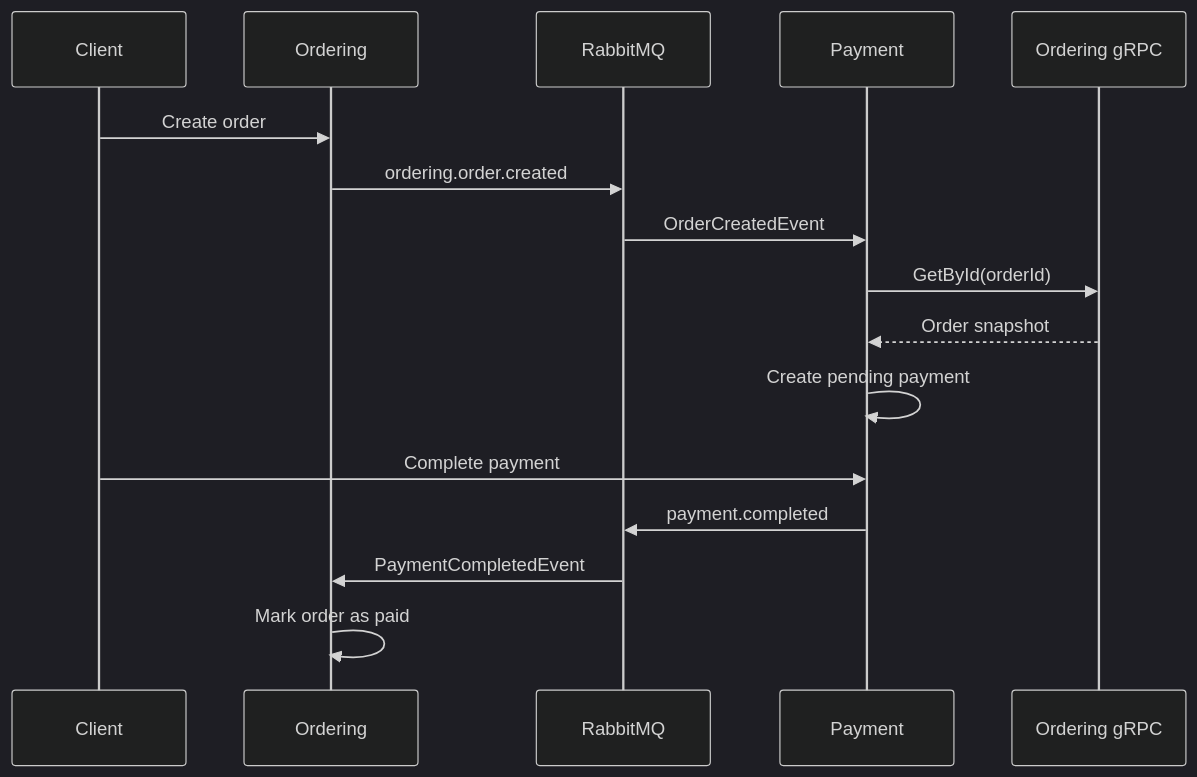
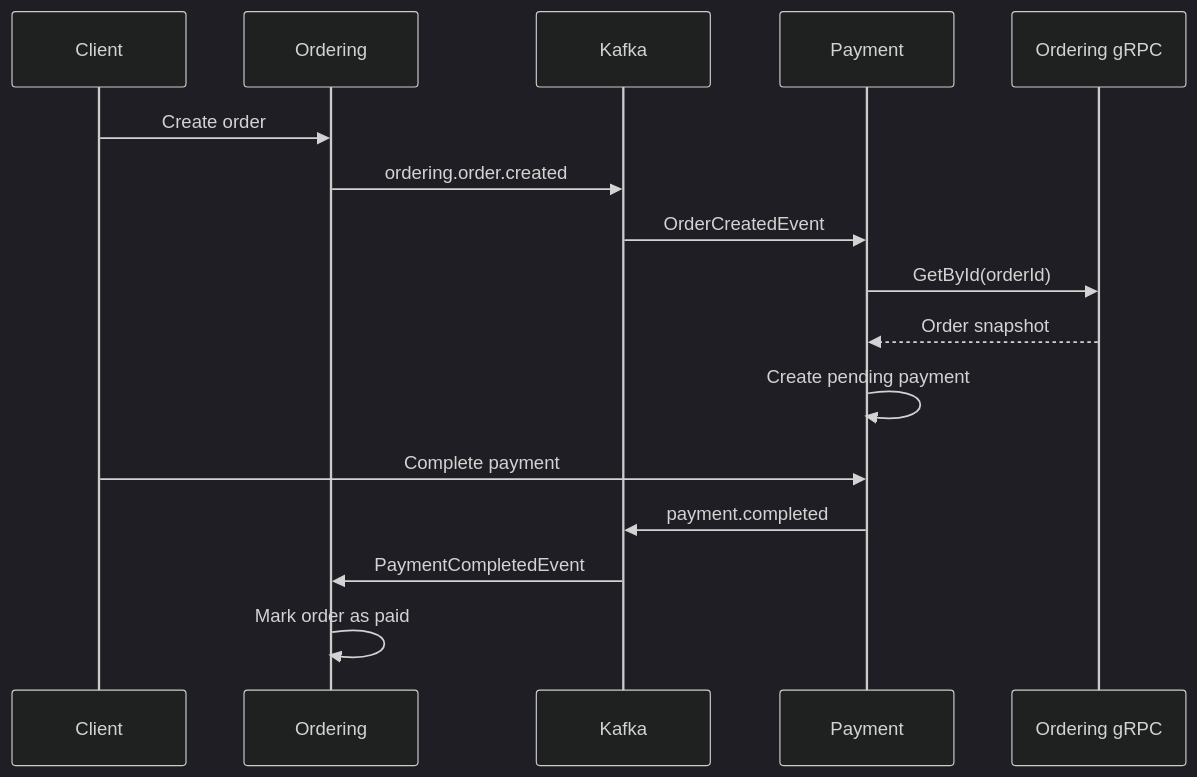
The sixth of 10 diagrams in docs/architecture.md (gndev-vn/DDDSample), drawn with Mermaid (dark theme) before and after one commit. The commit also changed other lines of this file and 176 other files, not shown here.

````diff
--- a/docs/architecture.md
+++ b/docs/architecture.md
@@ -382,20 +382,20 @@
 ```mermaid
 sequenceDiagram
     participant Client
     participant Ordering
-    participant RabbitMQ
+    participant Kafka
     participant Payment
     participant OrderingGrpc as Ordering gRPC
 
     Client->>Ordering: Create order
-    Ordering->>RabbitMQ: ordering.order.created
-    RabbitMQ->>Payment: OrderCreatedEvent
+    Ordering->>Kafka: ordering.order.created
+    Kafka->>Payment: OrderCreatedEvent
     Payment->>OrderingGrpc: GetById(orderId)
     OrderingGrpc-->>Payment: Order snapshot
     Payment->>Payment: Create pending payment
 
     Client->>Payment: Complete payment
-    Payment->>RabbitMQ: payment.completed
-    RabbitMQ->>Ordering: PaymentCompletedEvent
+    Payment->>Kafka: payment.completed
+    Kafka->>Ordering: PaymentCompletedEvent
     Ordering->>Ordering: Mark order as paid
 ```
````
